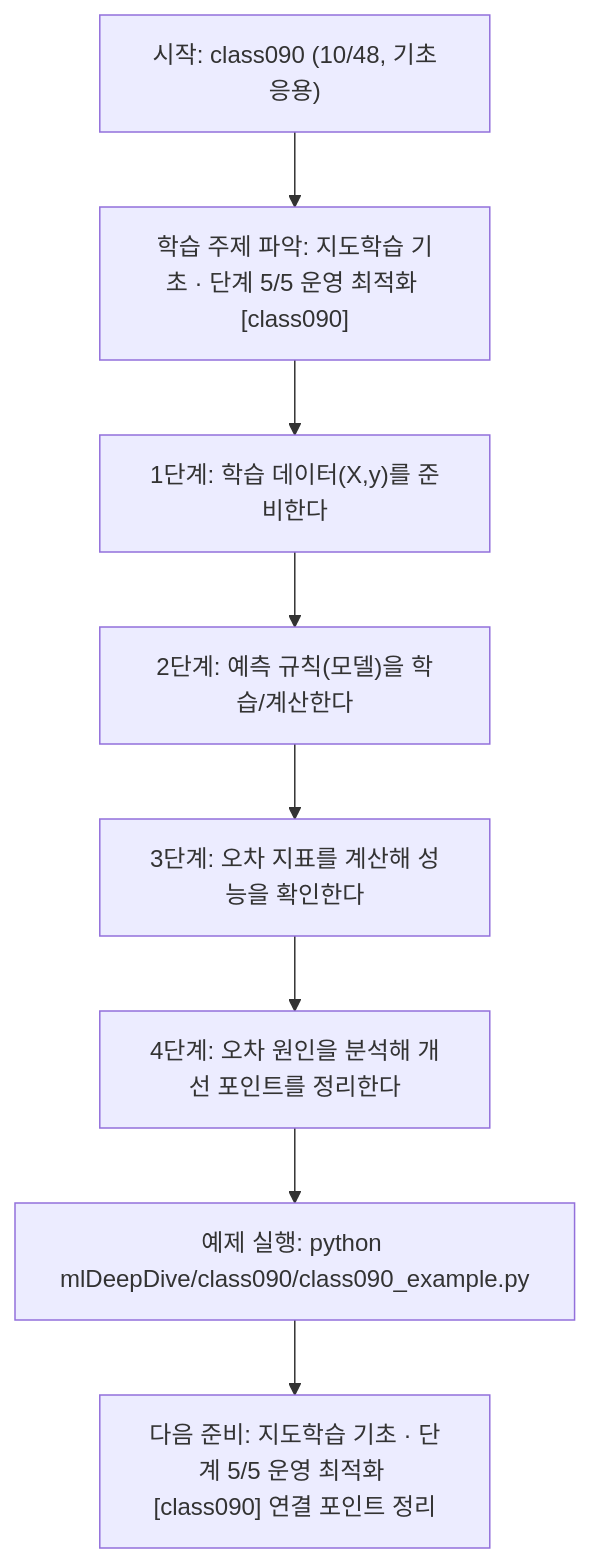
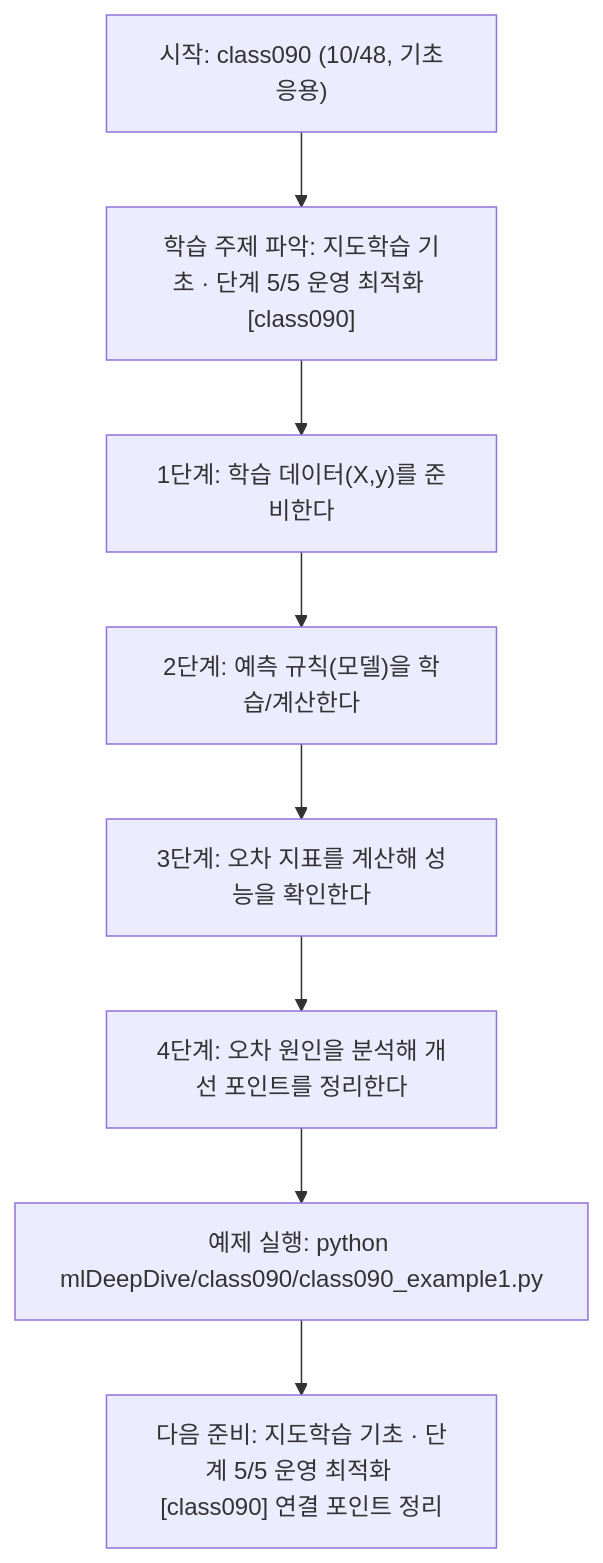
Before and after one commit to edumgt/Python-AI_Agent-Class: the diagram in mlDeepDive/class090/class090.md, drawn with Mermaid. The commit also changed other lines of this file and 2959 other files, not shown here.

````diff
--- a/mlDeepDive/class090/class090.md
+++ b/mlDeepDive/class090/class090.md
@@ -109,18 +109,18 @@
 ```mermaid
 flowchart TD
 N1["시작: class090 (10/48, 기초응용)"]
 N2["학습 주제 파악: 지도학습 기초 · 단계 5/5 운영 최적화 [class090]"]
 N3["1단계: 학습 데이터(X,y)를 준비한다"]
 N4["2단계: 예측 규칙(모델)을 학습/계산한다"]
 N5["3단계: 오차 지표를 계산해 성능을 확인한다"]
 N6["4단계: 오차 원인을 분석해 개선 포인트를 정리한다"]
-N7["예제 실행: python mlDeepDive/class090/class090_example.py"]
+N7["예제 실행: python mlDeepDive/class090/class090_example1.py"]
 N8["다음 준비: 지도학습 기초 · 단계 5/5 운영 최적화 [class090] 연결 포인트 정리"]
 N1 --> N2
 N2 --> N3
 N3 --> N4
 N4 --> N5
 N5 --> N6
 N6 --> N7
 N7 --> N8
 ```
````
